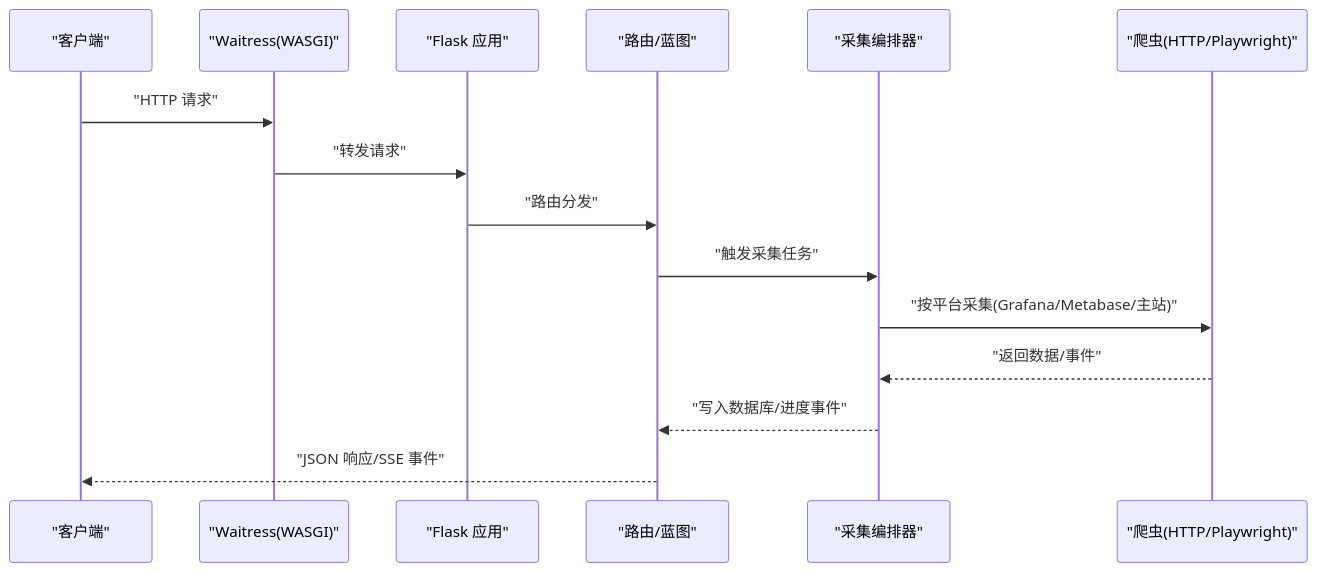
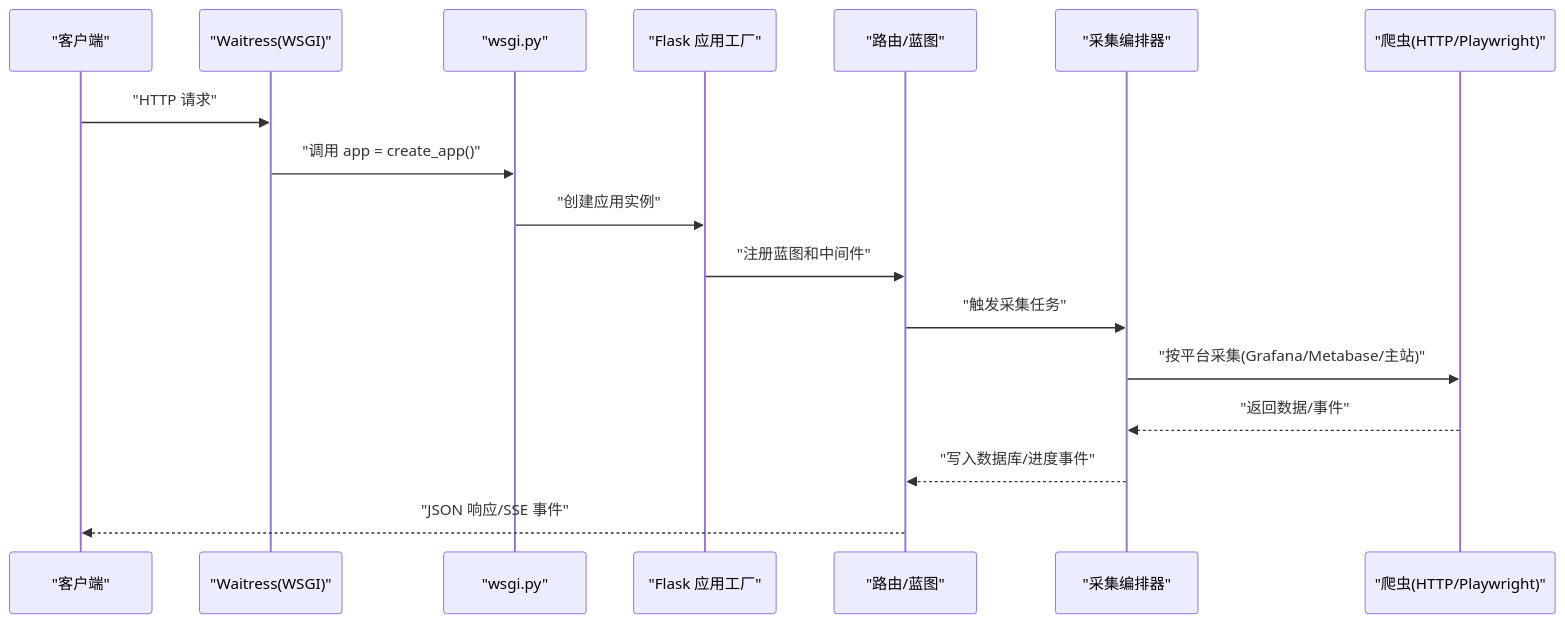
Before and after one commit to oreovan567-pixel/middle-platform-data-collector: the second of 4 diagrams in .qoder/repowiki/zh/content/部署运维/部署运维.md, drawn with Mermaid. The commit also changed other lines of this file and 11 other files, not shown here.

````diff
--- a/.qoder/repowiki/zh/content/部署运维/部署运维.md
+++ b/.qoder/repowiki/zh/content/部署运维/部署运维.md
@@ -105,17 +125,19 @@
 ```mermaid
 sequenceDiagram
 participant Client as "客户端"
-participant Waitress as "Waitress(WASGI)"
-participant Flask as "Flask 应用"
+participant Waitress as "Waitress(WSGI)"
+participant WSGI as "wsgi.py"
+participant Flask as "Flask 应用工厂"
 participant Routes as "路由/蓝图"
 participant Collector as "采集编排器"
 participant Scrapers as "爬虫(HTTP/Playwright)"
 Client->>Waitress : "HTTP 请求"
-Waitress->>Flask : "转发请求"
-Flask->>Routes : "路由分发"
+Waitress->>WSGI : "调用 app = create_app()"
+WSGI->>Flask : "创建应用实例"
+Flask->>Routes : "注册蓝图和中间件"
 Routes->>Collector : "触发采集任务"
 Collector->>Scrapers : "按平台采集(Grafana/Metabase/主站)"
 Scrapers-->>Collector : "返回数据/事件"
 Collector-->>Routes : "写入数据库/进度事件"
 Routes-->>Client : "JSON 响应/SSE 事件"
 ```
````
